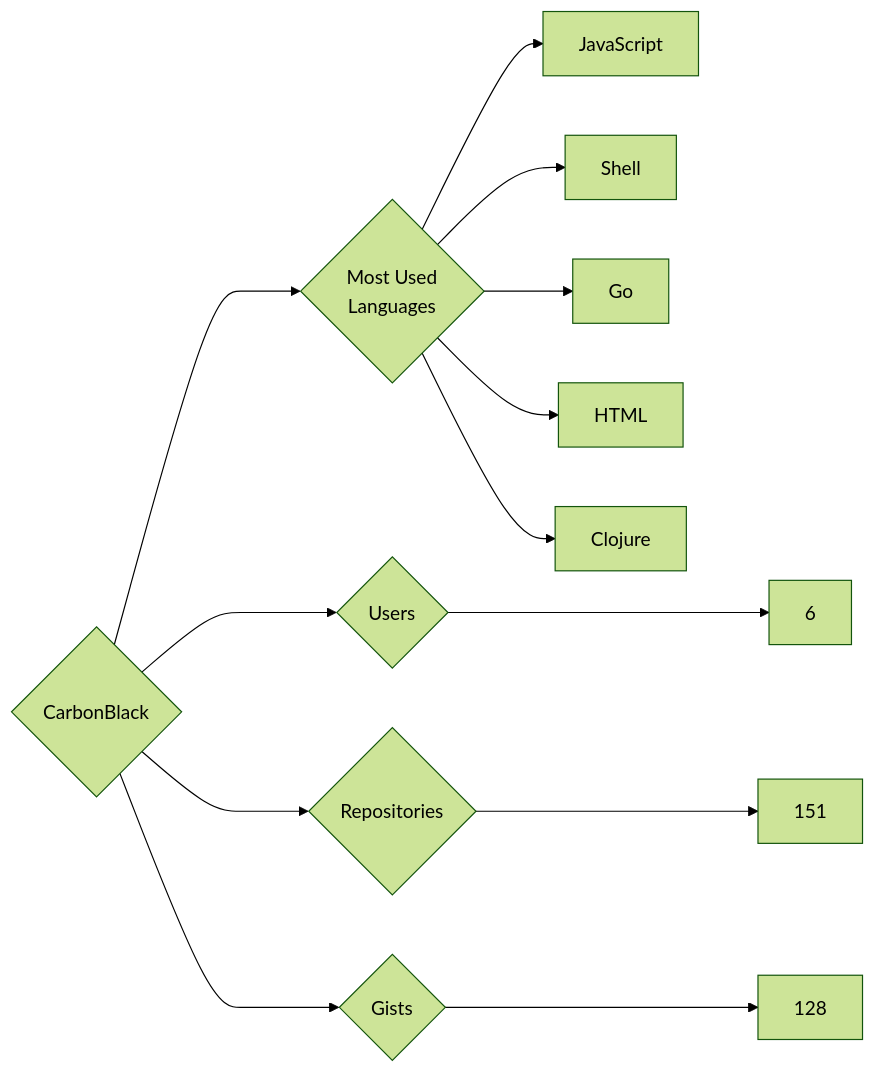
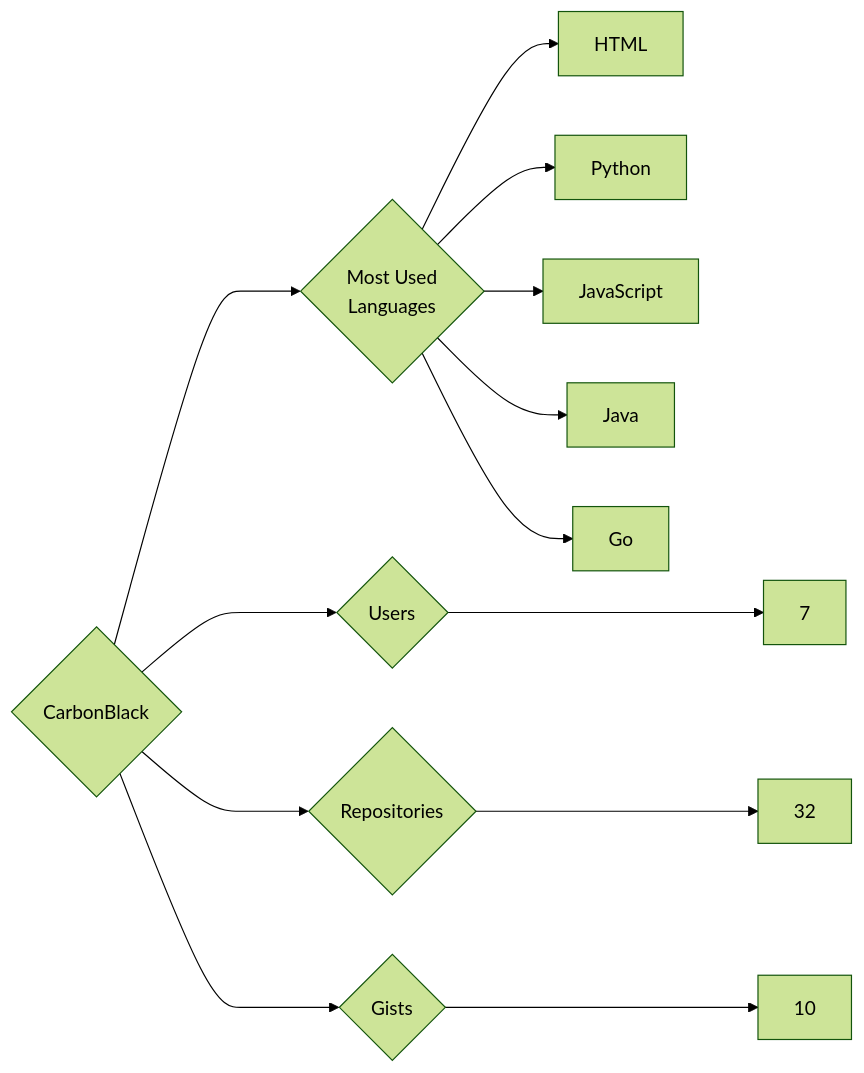
Before and after one commit to trickest/insiders: the diagram in targets/CarbonBlack/README.md, drawn with Mermaid (forest theme). The commit also changed 1212 other files, not shown here.

````diff
--- a/targets/CarbonBlack/README.md
+++ b/targets/CarbonBlack/README.md
@@ -3,13 +3,13 @@
 ```mermaid
 graph LR
 COMPANY_NAME{CarbonBlack}
-COMPANY_NAME ---> U{Users} ---> UN[6]
-COMPANY_NAME ---> R{Repositories} ---> RN[151]
-COMPANY_NAME ---> G{Gists} ---> GN[128]
+COMPANY_NAME ---> U{Users} ---> UN[7]
+COMPANY_NAME ---> R{Repositories} ---> RN[32]
+COMPANY_NAME ---> G{Gists} ---> GN[10]
 COMPANY_NAME ---> ML{Most Used<br>Languages}
+ML --> HTML[HTML]
+ML --> Python[Python]
 ML --> JavaScript[JavaScript]
-ML --> Shell[Shell]
+ML --> Java[Java]
 ML --> Go[Go]
-ML --> HTML[HTML]
-ML --> Clojure[Clojure]
 ```
````
